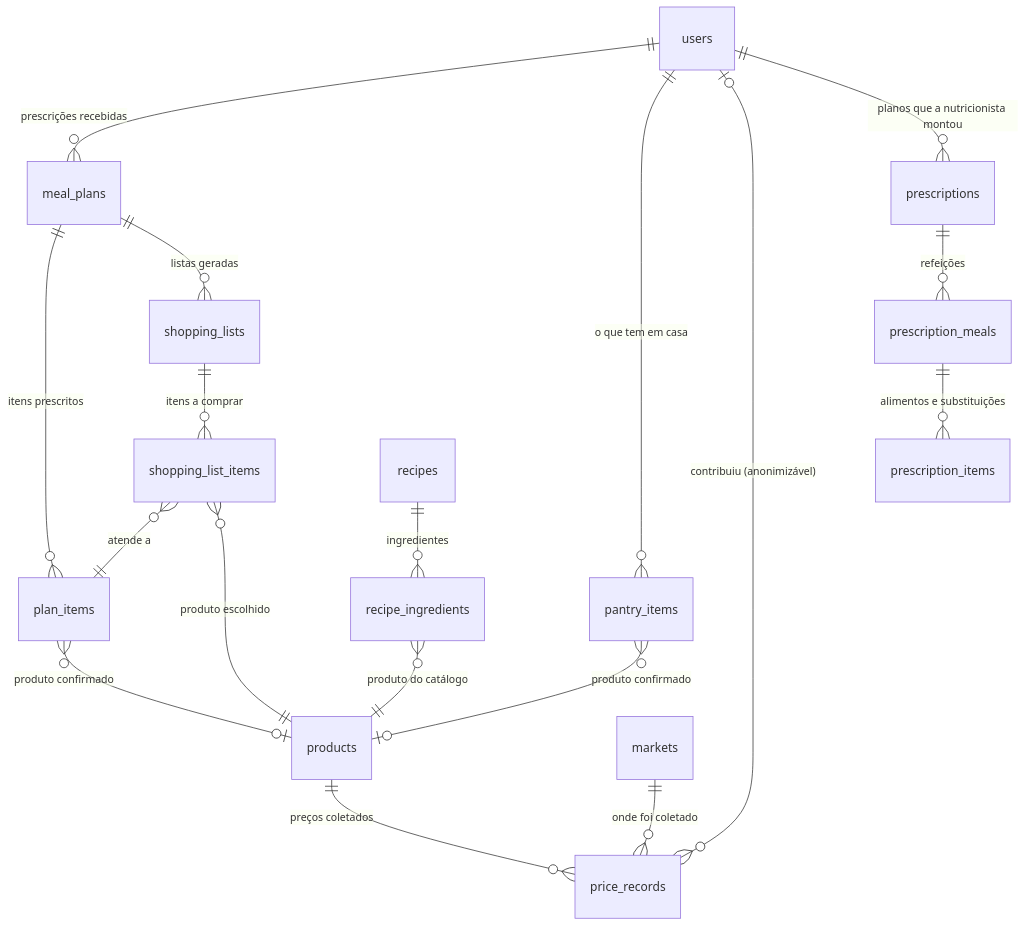
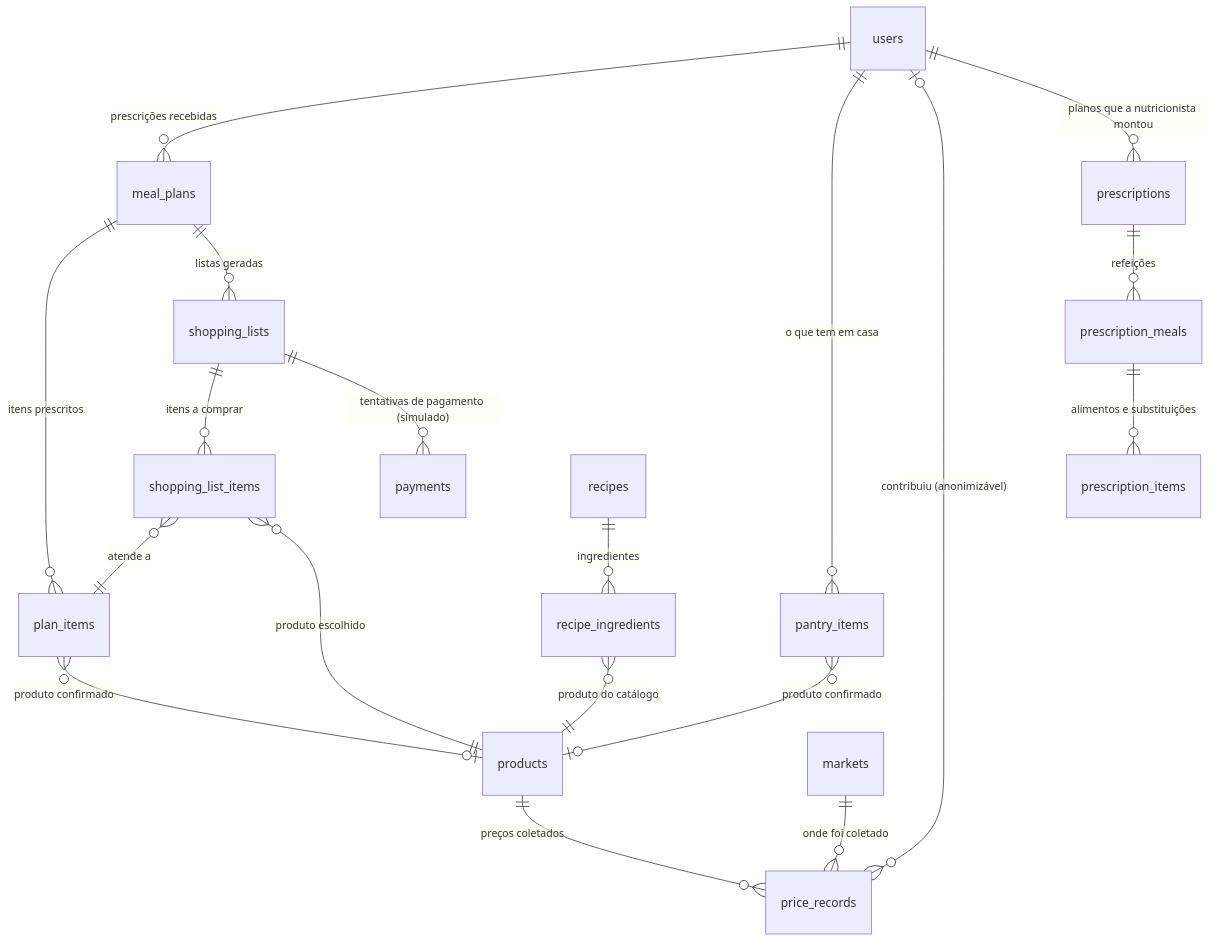
The diagram in docs/modelo-dados.md (DaviMaiaF/Decada-store), drawn with Mermaid before and after one commit. The commit also changed other lines of this file and 4 other files, not shown here.

First line of the commit message:
docs: registra o pagamento simulado nas telas, na API, na LGPD e no modelo

````diff
--- a/docs/modelo-dados.md
+++ b/docs/modelo-dados.md
@@ -13,26 +13,27 @@
 ```mermaid
 erDiagram
     users ||--o{ meal_plans : "prescrições recebidas"
     users ||--o{ pantry_items : "o que tem em casa"
     users |o--o{ price_records : "contribuiu (anonimizável)"
     users ||--o{ prescriptions : "planos que a nutricionista montou"
 
     prescriptions ||--o{ prescription_meals : "refeições"
     prescription_meals ||--o{ prescription_items : "alimentos e substituições"
 
     meal_plans ||--o{ plan_items : "itens prescritos"
     meal_plans ||--o{ shopping_lists : "listas geradas"
 
     plan_items }o--o| products : "produto confirmado"
     pantry_items }o--o| products : "produto confirmado"
 
     shopping_lists ||--o{ shopping_list_items : "itens a comprar"
+    shopping_lists ||--o{ payments : "tentativas de pagamento (simulado)"
     shopping_list_items }o--|| plan_items : "atende a"
     shopping_list_items }o--|| products : "produto escolhido"
 
     products ||--o{ price_records : "preços coletados"
     markets ||--o{ price_records : "onde foi coletado"
 
     recipes ||--o{ recipe_ingredients : "ingredientes"
     recipe_ingredients }o--|| products : "produto do catálogo"
 ```
````
